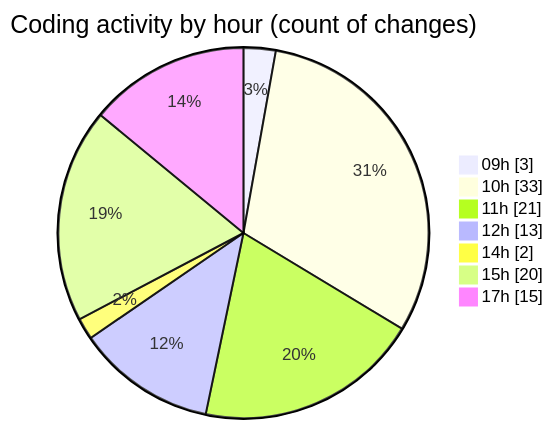
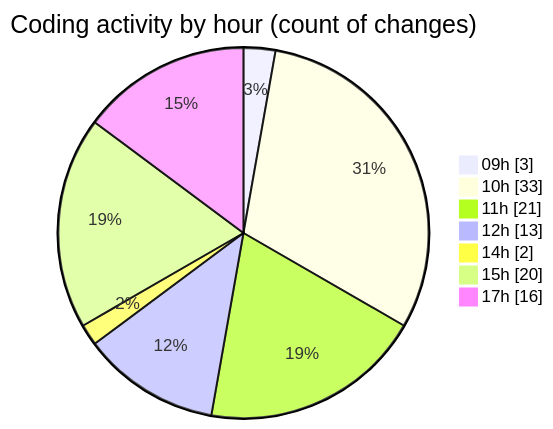
One commit to momahboobian/code-tracking changed the second of 2 diagrams in 2025-10-31/cda/README.md. Above: the diagram before and after it, drawn with Mermaid. The commit also changed other lines of this file and 1 other file, not shown here.

````diff
--- a/2025-10-31/cda/README.md
+++ b/2025-10-31/cda/README.md
@@ -42,11 +42,11 @@
 ```mermaid
 pie showData
 title Coding activity by hour (count of changes)
 "09h" : 3
 "10h" : 33
 "11h" : 21
 "12h" : 13
 "14h" : 2
 "15h" : 20
-"17h" : 15
+"17h" : 16
 ```
````
